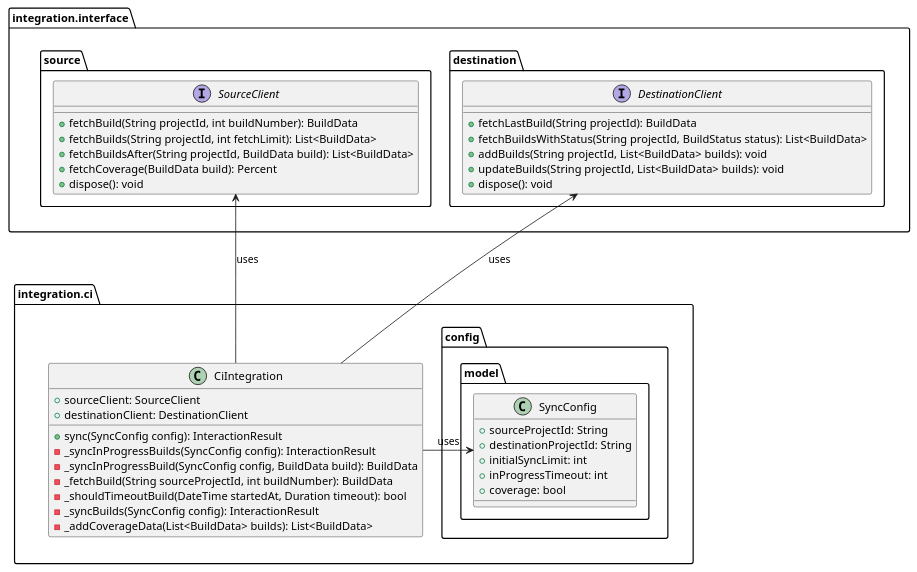
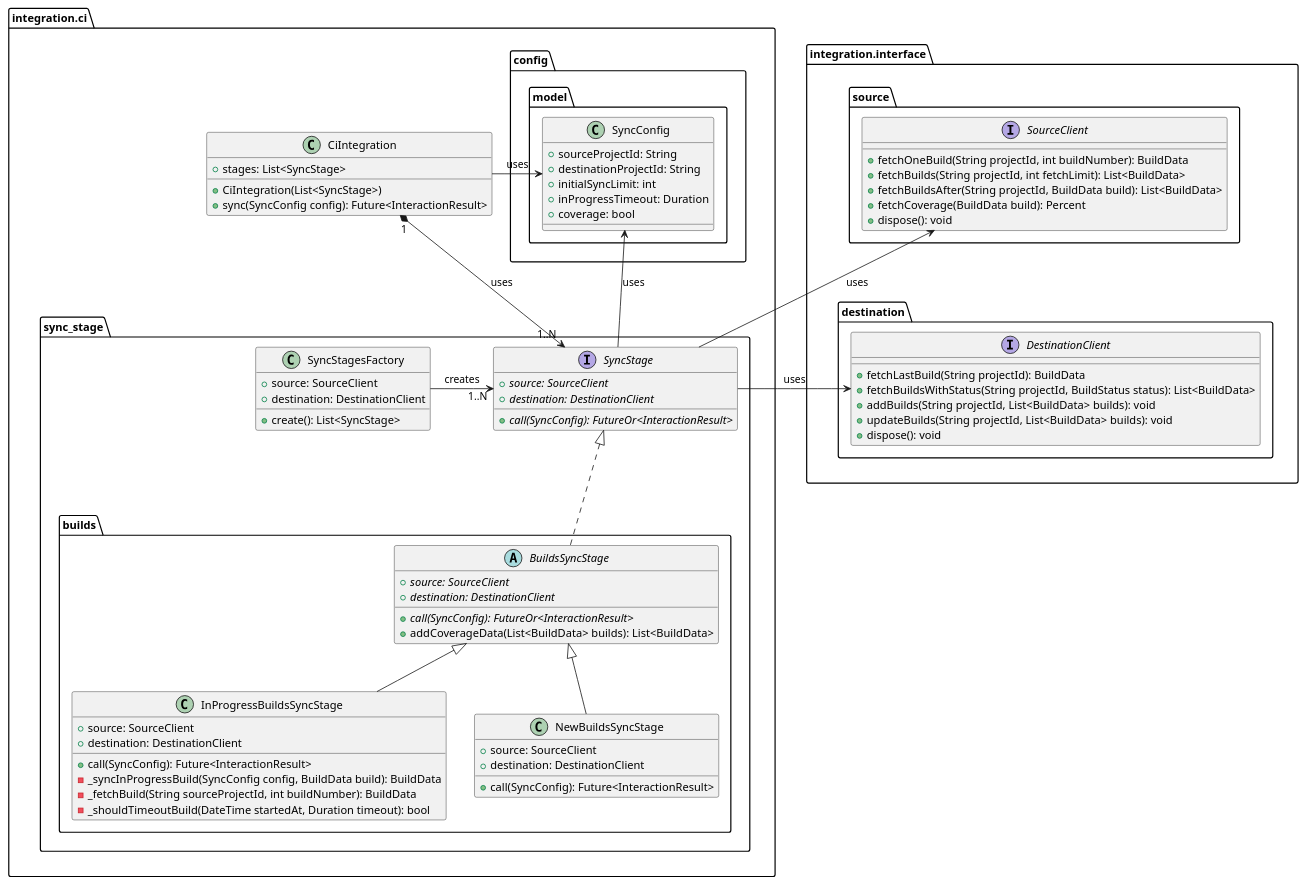
Before and after one commit to Flank/flank-dashboard: the diagram in metrics/ci_integrations/docs/diagrams/sync_algorithm_class_diagram.puml, drawn with PlantUML. The commit also changed 9 other files, not shown here.

First line of the commit message:
docs: [CI integrations] in-progress builds document (#1267)

```diff
--- a/metrics/ci_integrations/docs/diagrams/sync_algorithm_class_diagram.puml
+++ b/metrics/ci_integrations/docs/diagrams/sync_algorithm_class_diagram.puml
@@ -1,57 +1,95 @@
 @startuml sync_algorithm_class_diagram
 'https://plantuml.com/class-diagram
 
 package integration.interface as Interface {
     package source {
         interface SourceClient {
-            + fetchBuild(String projectId, int buildNumber): BuildData
+            + fetchOneBuild(String projectId, int buildNumber): BuildData
             + fetchBuilds(String projectId, int fetchLimit): List<BuildData>
             + fetchBuildsAfter(String projectId, BuildData build): List<BuildData>
             + fetchCoverage(BuildData build): Percent
             + dispose(): void
         }
     }
 
     package destination {
         interface DestinationClient {
             + fetchLastBuild(String projectId): BuildData
             + fetchBuildsWithStatus(String projectId, BuildStatus status): List<BuildData>
             + addBuilds(String projectId, List<BuildData> builds): void
             + updateBuilds(String projectId, List<BuildData> builds): void
             + dispose(): void
         }
     }
+
+    SourceClient -[hidden]down- DestinationClient
 }
 
 package integration.ci as CI {
     package config.model {
         class SyncConfig {
             + sourceProjectId: String
             + destinationProjectId: String
             + initialSyncLimit: int
-            + inProgressTimeout: int
+            + inProgressTimeout: Duration
             + coverage: bool
         }
     }
 
+    package sync_stage {
+        class SyncStagesFactory {
+            + source: SourceClient
+            + destination: DestinationClient
+            + create(): List<SyncStage>
+        }
+
+        package builds {
+            abstract class BuildsSyncStage {
+                + {abstract} source: SourceClient
+                + {abstract} destination: DestinationClient
+                + {abstract} call(SyncConfig): FutureOr<InteractionResult>
+                + addCoverageData(List<BuildData> builds): List<BuildData>
+            }
+            class InProgressBuildsSyncStage extends BuildsSyncStage {
+                + source: SourceClient
+                + destination: DestinationClient
+                + call(SyncConfig): Future<InteractionResult>
+                - _syncInProgressBuild(SyncConfig config, BuildData build): BuildData
+                - _fetchBuild(String sourceProjectId, int buildNumber): BuildData
+                - _shouldTimeoutBuild(DateTime startedAt, Duration timeout): bool
+            }
+
+            class NewBuildsSyncStage extends BuildsSyncStage {
+                + source: SourceClient
+                + destination: DestinationClient
+                + call(SyncConfig): Future<InteractionResult>
+            }
+        }
+
+        interface SyncStage {
+            + {abstract} source: SourceClient
+            + {abstract} destination: DestinationClient
+            + {abstract} call(SyncConfig): FutureOr<InteractionResult>
+        }
+
+        BuildsSyncStage .up.|> SyncStage
+    }
+
     class CiIntegration {
-        + sourceClient: SourceClient
-        + destinationClient: DestinationClient
-        + sync(SyncConfig config): InteractionResult
-        - _syncInProgressBuilds(SyncConfig config): InteractionResult
-        - _syncInProgressBuild(SyncConfig config, BuildData build): BuildData
-        - _fetchBuild(String sourceProjectId, int buildNumber): BuildData
-        - _shouldTimeoutBuild(DateTime startedAt, Duration timeout): bool
-        - _syncBuilds(SyncConfig config): InteractionResult
-        - _addCoverageData(List<BuildData> builds): List<BuildData>
+        + stages: List<SyncStage>
+        + CiIntegration(List<SyncStage>)
+        + sync(SyncConfig config): Future<InteractionResult>
     }
 
     CiIntegration -right-> SyncConfig: uses
+    SyncStagesFactory -right-> "1..N" SyncStage: creates
+    CiIntegration "1" *-down-> "1..N" SyncStage: uses
 }
 
 Interface -[hidden]down-> CI
 
-CiIntegration -up-> SourceClient: uses
-CiIntegration -up-> DestinationClient: uses
+SyncStage -right-> SourceClient: uses
+SyncStage -right-> DestinationClient: uses
+SyncStage -up-> SyncConfig: uses
 
 @enduml
```
